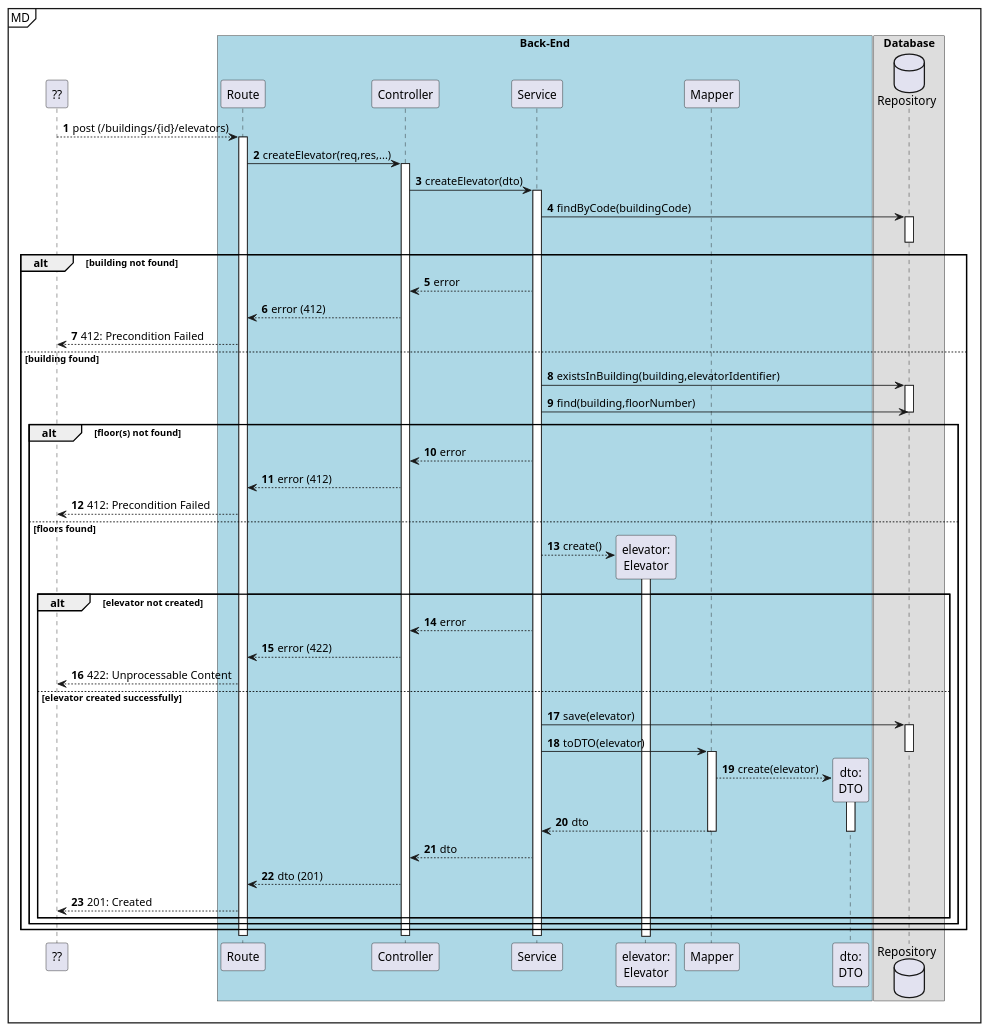
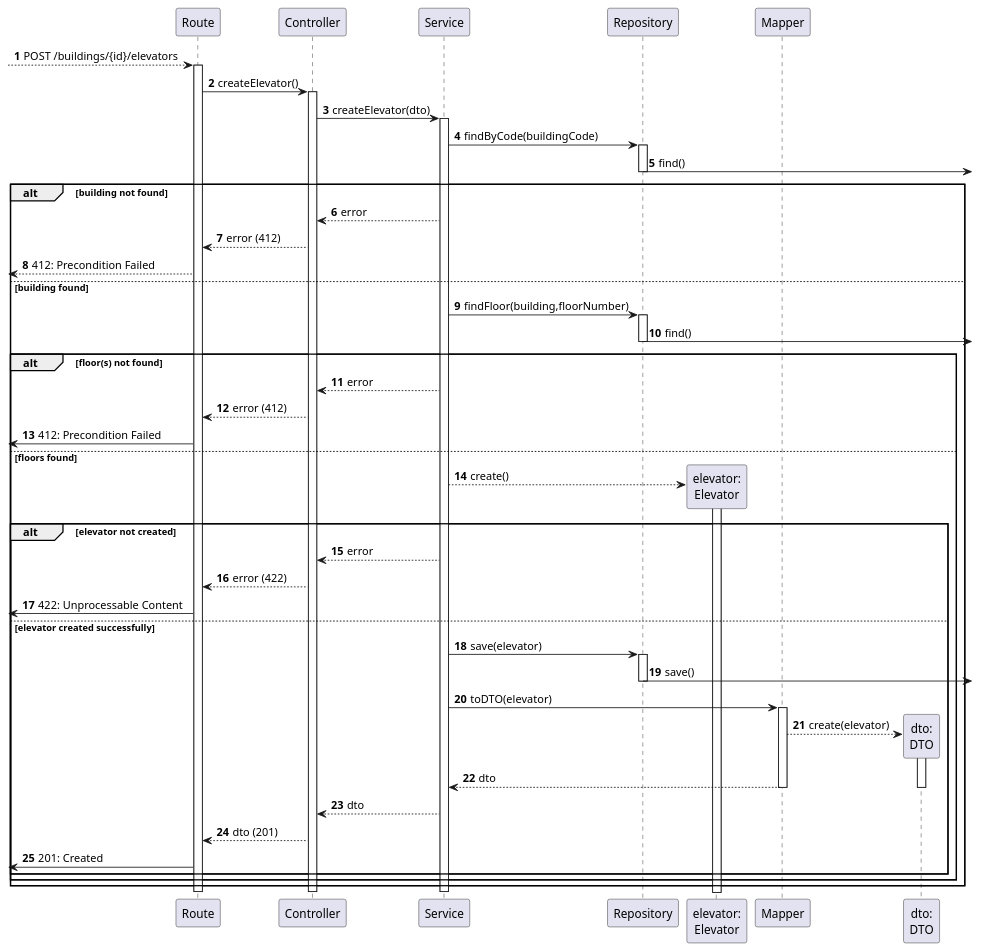
One commit to Departamento-de-Engenharia-Informatica/lapr5-23-24-g19 changed the diagram in docs/us270/level3/process-view.puml. Above: the diagram before and after it, drawn with PlantUML. The commit also changed 5 other files, not shown here.

Commit message:
docs(us270): simplify diagrams

```diff
--- a/docs/us270/level3/process-view.puml
+++ b/docs/us270/level3/process-view.puml
@@ -1,81 +1,77 @@
 @startuml
 autonumber
 
-participant "??" as ui
-
-mainframe MD
-box "Back-End" #LightBlue
 participant "Route" as r
 participant "Controller" as ctrl
 participant "Service" as svc
+participant "Repository" as repo
 
 participant "elevator:\nElevator" as elevator
 participant "Mapper" as map
 participant "dto:\nDTO" as dto
-end box
 
-box "Database"
-database "Repository" as repo
-end box
 
-ui --> r: post (/buildings/{id}/elevators)
-    activate r
-        r -> ctrl : createElevator(req,res,...)
-        activate ctrl
-            ctrl -> svc : createElevator(dto)
-            activate svc
-                svc -> repo : findByCode(buildingCode)
+[--> r : POST /buildings/{id}/elevators
+activate r
+
+    r -> ctrl : createElevator()
+    activate ctrl
+
+        ctrl -> svc : createElevator(dto)
+        activate svc
+
+            svc -> repo : findByCode(buildingCode)
+            activate repo
+                repo ->] : find()
+            deactivate repo
+
+            alt building not found
+                svc --> ctrl : error
+                ctrl --> r : error (412)
+                [<-- r : 412: Precondition Failed
+            else building found
+
+                svc -> repo: findFloor(building,floorNumber)
                 activate repo
+                    repo ->] : find()
                 deactivate repo
 
-                alt building not found
+                alt floor(s) not found
                     svc --> ctrl : error
                     ctrl --> r : error (412)
-                    r --> ui : 412: Precondition Failed
-                else building found
-                    svc -> repo: existsInBuilding(building,elevatorIdentifier)
+                    [<- r : 412: Precondition Failed
+                else floors found
+                    svc --> elevator** : create()
 
-                    activate repo
-                        svc -> repo: find(building,floorNumber)
-                    deactivate repo
+                    activate elevator
+                    deactivate elevator
 
-                    alt floor(s) not found
+                    alt elevator not created
                         svc --> ctrl : error
-                        ctrl --> r : error (412)
-                        r --> ui : 412: Precondition Failed
-                    else floors found
-                        svc --> elevator** : create()
+                        ctrl --> r : error (422)
+                        [<- r : 422: Unprocessable Content
+                    else elevator created successfully
+                        svc -> repo : save(elevator)
+                        activate repo
+                            repo ->] : save()
+                        deactivate repo
 
-                        activate elevator
-                        deactivate elevator
+                        svc -> map : toDTO(elevator)
+                        activate map
+                            map --> dto** : create(elevator)
+                            activate dto
+                                map --> svc : dto
+                            deactivate dto
+                        deactivate map
 
-                        alt elevator not created
-                            svc --> ctrl : error
-                            ctrl --> r : error (422)
-                            r --> ui : 422: Unprocessable Content
-
-                        else elevator created successfully
-                            svc -> repo : save(elevator)
-
-                            activate repo
-                                svc -> map : toDTO(elevator)
-                            deactivate repo
-
-                            activate map
-                                map --> dto** : create(elevator)
-                                activate dto
-                                    map --> svc : dto
-                                deactivate dto
-                            deactivate map
-
-                            svc --> ctrl : dto
-                            ctrl --> r : dto (201)
-                            r --> ui : 201: Created
-                        end
+                        svc --> ctrl : dto
+                        ctrl --> r : dto (201)
+                        [<- r : 201: Created
                     end
                 end
-            deactivate svc
-        deactivate ctrl
-    deactivate r
+            end
+        deactivate svc
+    deactivate ctrl
+deactivate r
 
 @enduml
```
